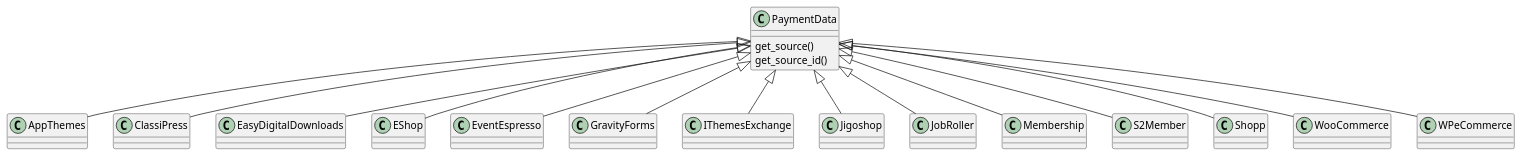
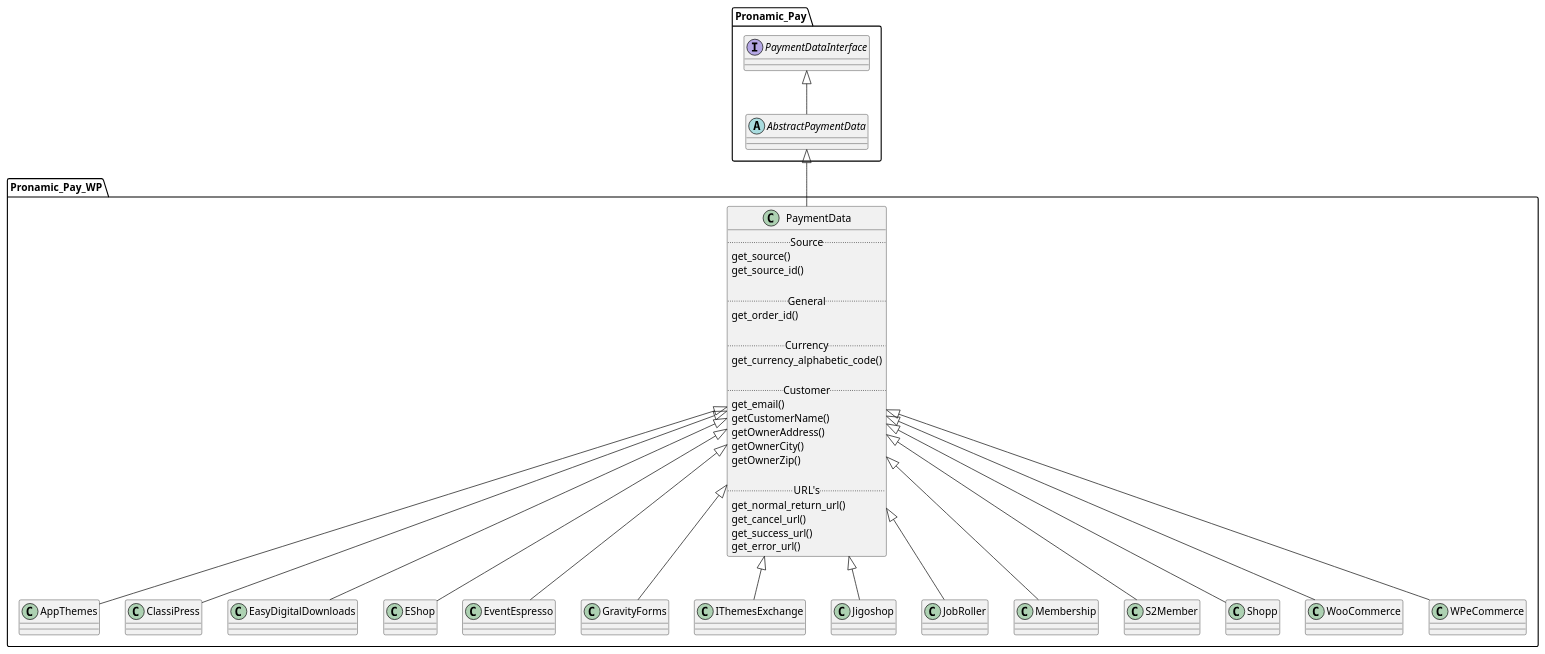
One commit to pronamic/wp-pronamic-pay changed the diagram in documentation/extensions.plantuml. Above: the diagram before and after it, drawn with PlantUML. The commit also changed 5 other files, not shown here.

Commit message:
Updated the UML.

```diff
--- a/documentation/extensions.plantuml
+++ b/documentation/extensions.plantuml
@@ -1,23 +1,54 @@
 @startuml
 
-class PaymentData {
-	get_source()
-	get_source_id()
+namespace Pronamic_Pay {
+	interface PaymentDataInterface
+	abstract class AbstractPaymentData
+
+	PaymentDataInterface <|-- AbstractPaymentData
 }
 
-PaymentData <|-- AppThemes
-PaymentData <|-- ClassiPress
-PaymentData <|-- EasyDigitalDownloads
-PaymentData <|-- EShop
-PaymentData <|-- EventEspresso
-PaymentData <|-- GravityForms
-PaymentData <|-- IThemesExchange
-PaymentData <|-- Jigoshop
-PaymentData <|-- JobRoller
-PaymentData <|-- Membership
-PaymentData <|-- S2Member
-PaymentData <|-- Shopp
-PaymentData <|-- WooCommerce
-PaymentData <|-- WPeCommerce
+namespace Pronamic_Pay_WP {
+	class PaymentData {
+		.. Source ..
+		get_source()
+		get_source_id()
+	
+		.. General ..
+		get_order_id()
+	
+		.. Currency ..
+		get_currency_alphabetic_code()
+		
+		.. Customer ..
+		get_email()
+		getCustomerName()
+		getOwnerAddress()
+		getOwnerCity()
+		getOwnerZip()
+		
+		.. URL's ..
+		get_normal_return_url()
+		get_cancel_url()
+		get_success_url()
+		get_error_url()
+	}
+	
+	Pronamic_Pay.AbstractPaymentData <|-- PaymentData 
+	
+	Pronamic_Pay_WP.PaymentData <|-- AppThemes
+	Pronamic_Pay_WP.PaymentData <|-- ClassiPress
+	Pronamic_Pay_WP.PaymentData <|-- EasyDigitalDownloads
+	Pronamic_Pay_WP.PaymentData <|-- EShop
+	Pronamic_Pay_WP.PaymentData <|-- EventEspresso
+	Pronamic_Pay_WP.PaymentData <|-- GravityForms
+	Pronamic_Pay_WP.PaymentData <|-- IThemesExchange
+	Pronamic_Pay_WP.PaymentData <|-- Jigoshop
+	Pronamic_Pay_WP.PaymentData <|-- JobRoller
+	Pronamic_Pay_WP.PaymentData <|-- Membership
+	Pronamic_Pay_WP.PaymentData <|-- S2Member
+	Pronamic_Pay_WP.PaymentData <|-- Shopp
+	Pronamic_Pay_WP.PaymentData <|-- WooCommerce
+	Pronamic_Pay_WP.PaymentData <|-- WPeCommerce
+}
 
 @enduml
```
